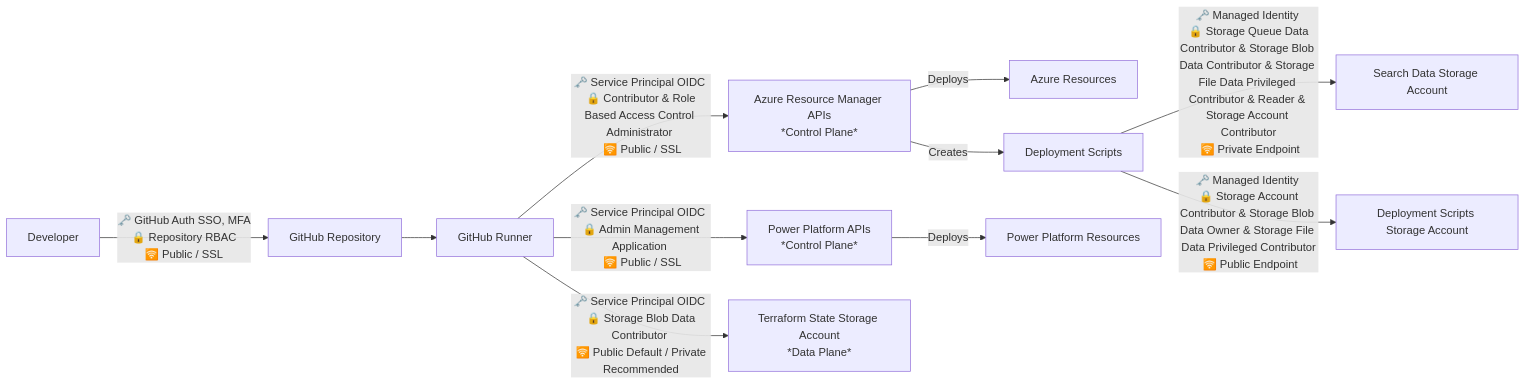
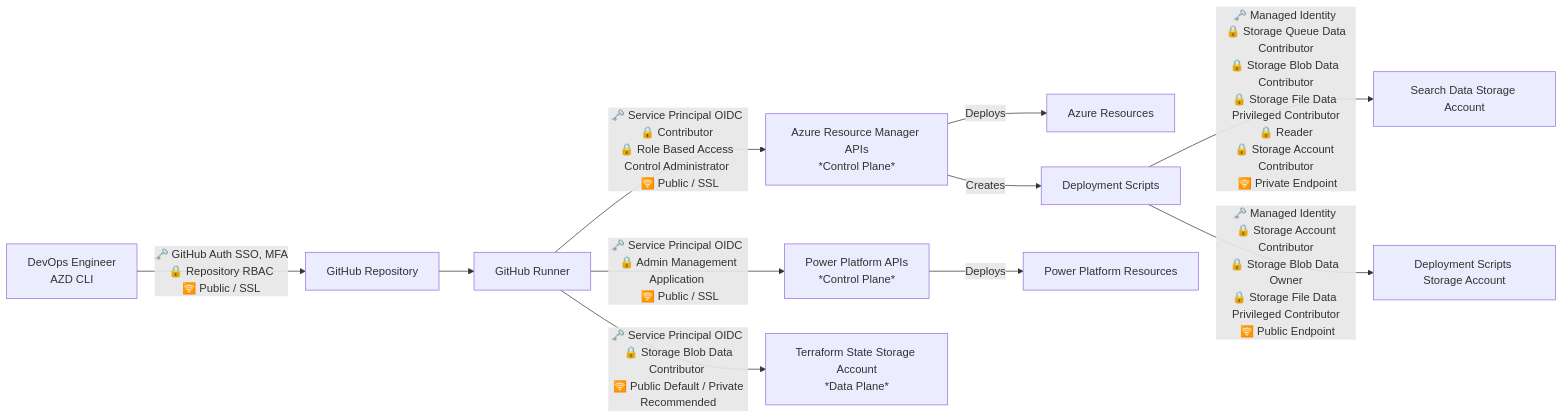
The fourth of 4 diagrams in docs/security_considerations.md (Azure-Samples/Copilot-Studio-with-Azure-AI-Search), drawn with Mermaid before and after one commit. The commit also changed other lines of this file, not shown here.

Commit message:
fix(docs): clarify developer roles and permissions in CI/CD flow diagrams

````diff
--- a/docs/security_considerations.md
+++ b/docs/security_considerations.md
@@ -210,14 +210,14 @@
 ```mermaid
 graph LR
-    Developer[Developer] --> |🗝️ GitHub Auth SSO, MFA <br> 🔒 Repository RBAC <br> 🛜 Public / SSL| GitHub[GitHub Repository]
+    Developer[DevOps Engineer<br>AZD CLI] --> |🗝️ GitHub Auth SSO, MFA <br> 🔒 Repository RBAC <br> 🛜 Public / SSL| GitHub[GitHub Repository]
     GitHub --> Runner[GitHub Runner]
-    Runner --> |🗝️ Service Principal OIDC <br> 🔒 Contributor & Role Based Access Control Administrator <br> 🛜 Public / SSL | AzureCP[Azure Resource Manager APIs<br>*Control Plane*]
+    Runner --> |🗝️ Service Principal OIDC <br>🔒 Contributor <br>🔒 Role Based Access Control Administrator <br> 🛜 Public / SSL | AzureCP[Azure Resource Manager APIs<br>*Control Plane*]
     Runner --> |🗝️ Service Principal OIDC <br> 🔒 Admin Management Application <br> 🛜 Public / SSL | PPAPI[Power Platform APIs<br>*Control Plane*]
     Runner --> | 🗝️ Service Principal OIDC <br> 🔒 Storage Blob Data Contributor <br> 🛜 Public Default / Private Recommended | State[Terraform State Storage Account<br>*Data Plane*]
     AzureCP --> |Deploys| AzureResources[Azure Resources]
     AzureCP --> |Creates| DeployScript[Deployment Scripts]
-    DeployScript --> |🗝️ Managed Identity <br> 🔒 Storage Queue Data Contributor & Storage Blob Data Contributor & Storage File Data Privileged Contributor & Reader & Storage Account Contributor<br> 🛜 Private Endpoint| Storage[Search Data Storage Account]
-    DeployScript --> |🗝️ Managed Identity <br> 🔒 Storage Account Contributor & Storage Blob Data Owner & Storage File Data Privileged Contributor<br> 🛜 Public Endpoint| DSStorage[Deployment Scripts Storage Account]
+    DeployScript --> |🗝️ Managed Identity <br> 🔒 Storage Queue Data Contributor<br>🔒 Storage Blob Data Contributor<br>🔒 Storage File Data Privileged Contributor<br>🔒 Reader<br>🔒 Storage Account Contributor<br> 🛜 Private Endpoint| Storage[Search Data Storage Account]
+    DeployScript --> |🗝️ Managed Identity <br> 🔒 Storage Account Contributor<br>🔒 Storage Blob Data Owner<br>🔒 Storage File Data Privileged Contributor<br> 🛜 Public Endpoint| DSStorage[Deployment Scripts Storage Account]
 
     PPAPI --> |Deploys| PPSolution[Power Platform Resources]
 ```
````
